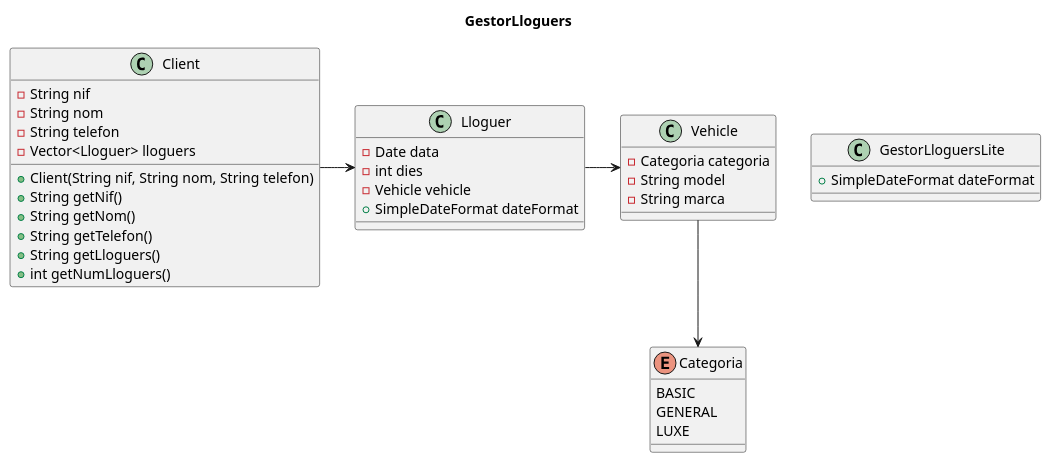
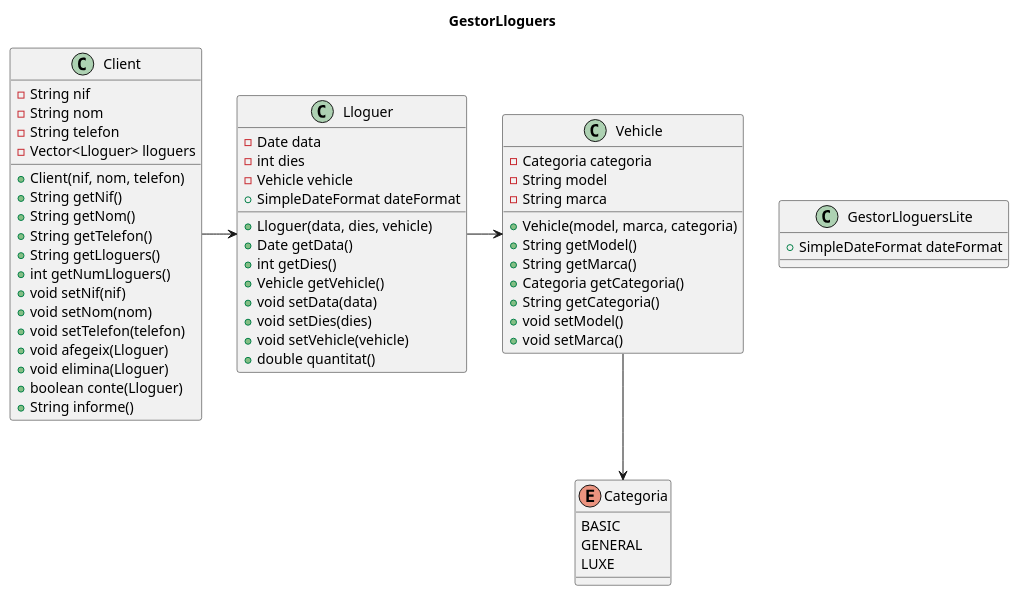
One commit to cf18alejandroquiroga/ExcercisiM5 changed the diagram in Exercicis/Doc/Excercici 9.puml. Above: the diagram before and after it, drawn with PlantUML. The commit also changed 1 other file, not shown here.

```diff
--- a/Exercicis/Doc/Excercici 9.puml
+++ b/Exercicis/Doc/Excercici 9.puml
@@ -1,42 +1,64 @@
 @startuml
 
 title GestorLloguers
 
 class Client{
     - String nif
     - String nom
     - String telefon
     - Vector<Lloguer> lloguers
-    + Client(String nif, String nom, String telefon)
+    + Client(nif, nom, telefon)
     + String getNif()
     + String getNom()
     + String getTelefon()
     + String getLloguers()
     + int getNumLloguers()
+    + void setNif(nif)
+    + void setNom(nom)
+    + void setTelefon(telefon)
+    + void afegeix(Lloguer)
+    + void elimina(Lloguer)
+    + boolean conte(Lloguer)
+    + String informe()
 
 }
 class Vehicle{
     - Categoria categoria
     - String model
     - String marca
+    + Vehicle(model, marca, categoria)
+    + String getModel()
+    + String getMarca()
+    + Categoria getCategoria()
+    + String getCategoria()
+    + void setModel()
+    + void setMarca()
 }
 class Lloguer{
     - Date data
     - int dies
     - Vehicle vehicle
     + SimpleDateFormat dateFormat
+    + Lloguer(data, dies, vehicle)
+    + Date getData()
+    + int getDies()
+    + Vehicle getVehicle()
+    + void setData(data)
+    + void setDies(dies)
+    + void setVehicle(vehicle)
+    + double quantitat()
 }
 class GestorLloguersLite{
     + SimpleDateFormat dateFormat
 }
 enum Categoria {
     BASIC
     GENERAL
     LUXE
 }
 
 Client -> Lloguer
 Lloguer -> Vehicle
 Vehicle --> Categoria
 
 @enduml
```
